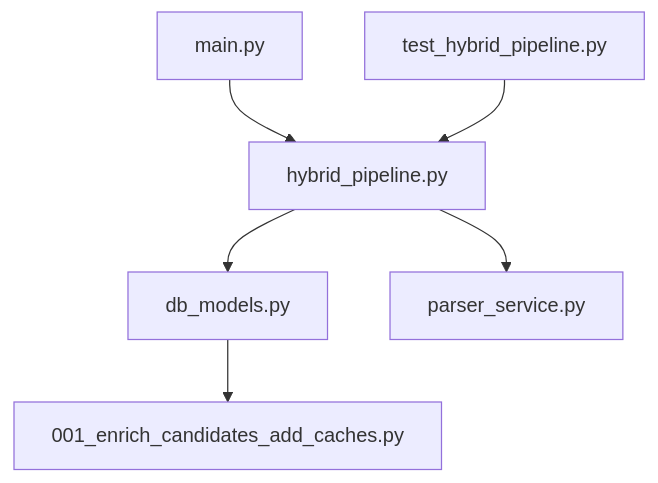
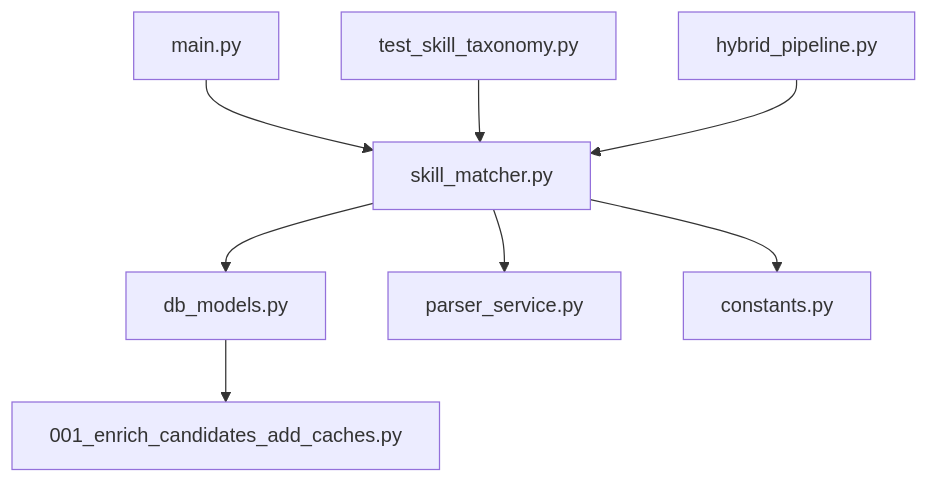
One commit to Revanththetalogics/aireume changed the sixth of 6 diagrams in .qoder/repowiki/en/content/Advanced Topics/Skills Registry Extension.md. Above: the diagram before and after it, drawn with Mermaid. The commit also changed other lines of this file and 11 other files, not shown here.

````diff
--- a/.qoder/repowiki/en/content/Advanced Topics/Skills Registry Extension.md
+++ b/.qoder/repowiki/en/content/Advanced Topics/Skills Registry Extension.md
@@ -377,8 +492,10 @@
 ```mermaid
 graph TB
-HP["hybrid_pipeline.py"] --> DBM["db_models.py"]
-HP --> PS["parser_service.py"]
-MAIN["main.py"] --> HP
+SM["skill_matcher.py"] --> DBM["db_models.py"]
+SM --> PS["parser_service.py"]
+SM --> CONST["constants.py"]
+MAIN["main.py"] --> SM
 DBM --> MIG["001_enrich_candidates_add_caches.py"]
-TST["test_hybrid_pipeline.py"] --> HP
+TST["test_skill_taxonomy.py"] --> SM
+HP["hybrid_pipeline.py"] --> SM
 ```
````
